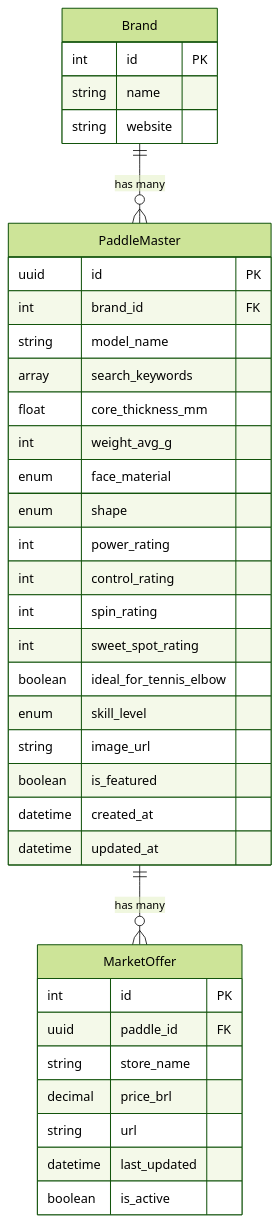
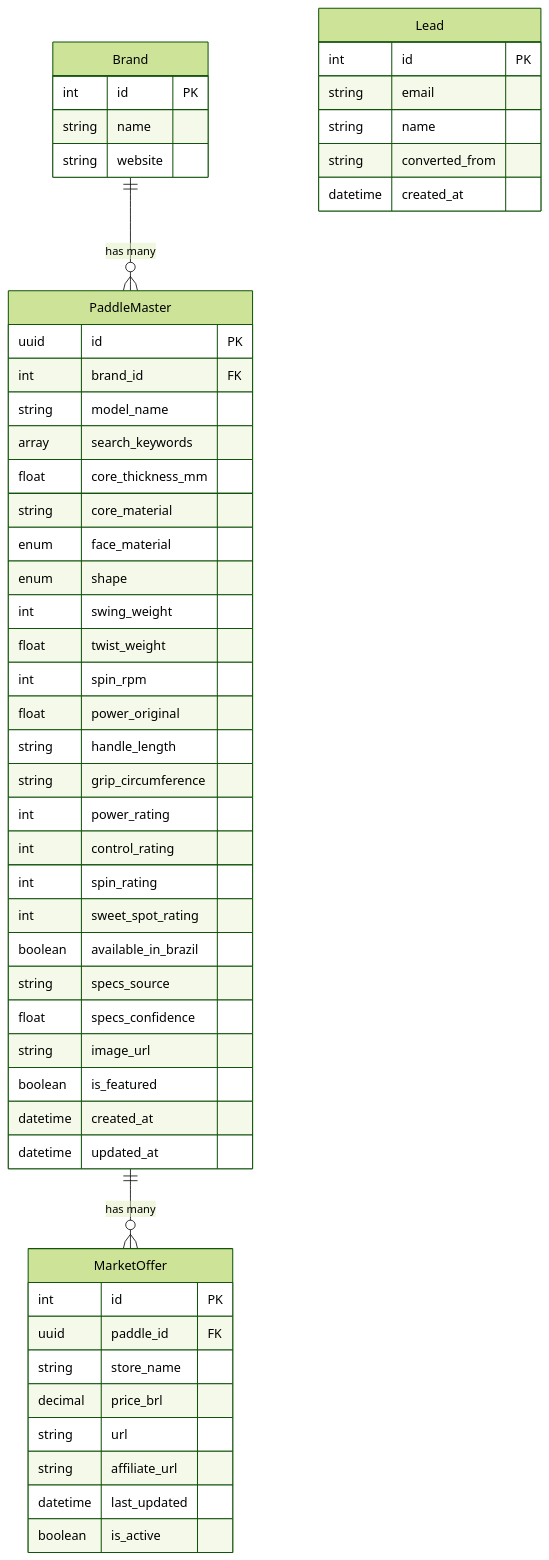
Before and after one commit to diegopereira93/sliceinsights: the diagram in docs/technical/database_schema.md, drawn with Mermaid (forest theme). The commit also changed other lines of this file and 19 other files, not shown here.

Commit message:
feat(llm): adaptation to catalog specs_confidence and doc overhaul

````diff
--- a/docs/technical/database_schema.md
+++ b/docs/technical/database_schema.md
@@ -11,42 +11,58 @@
 ```mermaid
 erDiagram
     Brand ||--o{ PaddleMaster : "has many"
     PaddleMaster ||--o{ MarketOffer : "has many"
     
     Brand {
         int id PK
         string name
         string website
     }
     
     PaddleMaster {
         uuid id PK
         int brand_id FK
         string model_name
         array search_keywords
         float core_thickness_mm
-        int weight_avg_g
+        string core_material
         enum face_material
         enum shape
+        int swing_weight
+        float twist_weight
+        int spin_rpm
+        float power_original
+        string handle_length
+        string grip_circumference
         int power_rating
         int control_rating
         int spin_rating
         int sweet_spot_rating
-        boolean ideal_for_tennis_elbow
-        enum skill_level
+        boolean available_in_brazil
+        string specs_source
+        float specs_confidence
         string image_url
         boolean is_featured
         datetime created_at
         datetime updated_at
     }
     
     MarketOffer {
         int id PK
         uuid paddle_id FK
         string store_name
         decimal price_brl
         string url
+        string affiliate_url
         datetime last_updated
         boolean is_active
     }
+
+    Lead {
+        int id PK
+        string email
+        string name
+        string converted_from
+        datetime created_at
+    }
 ```
````
